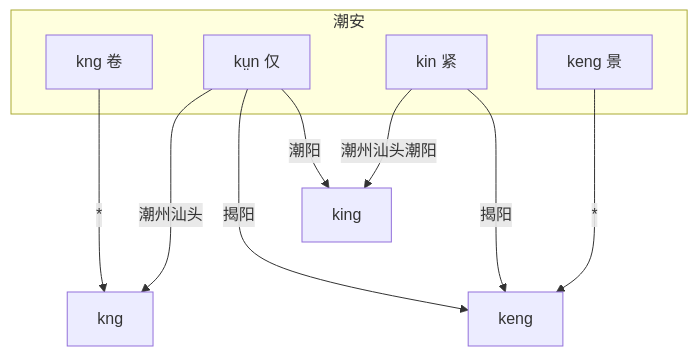
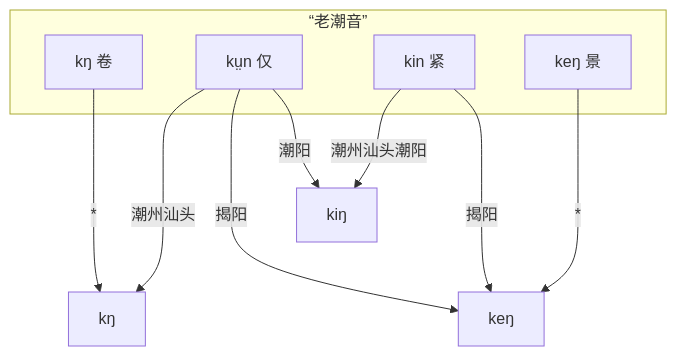
Before and after one commit to pujdict/pujdict: the second of 2 diagrams in src/doc/puj.md, drawn with Mermaid. The commit also changed other lines of this file and 8 other files, not shown here.

````diff
--- a/src/doc/puj.md
+++ b/src/doc/puj.md
@@ -37,19 +46,19 @@
 ```mermaid
 flowchart
-    subgraph 潮安
-        kng0["kng 卷"];
+    subgraph "“老潮音”"
+        kng0["kŋ 卷"];
         kvn0["kṳn 仅"];
         kin0["kin 紧"];
-        keng0["keng 景"];
+        keng0["keŋ 景"];
     end
-    kng1[kng]
-    king1[king]
-    keng1[keng]
+    kng1[kŋ]
+    king1[kiŋ]
+    keng1[keŋ]
     kng0 --->|*| kng1;
     keng0 --->|*| keng1;
     kvn0 -->|潮州汕头| kng1;
     kvn0 -->|揭阳| keng1;
     kvn0 -->|潮阳| king1;
     kin0 -->|潮州汕头潮阳| king1;
     kin0 -->|揭阳| keng1;
 ```
````
